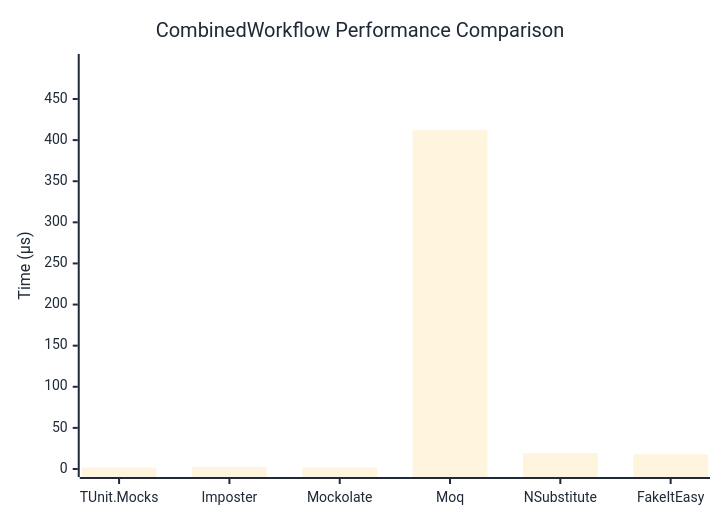
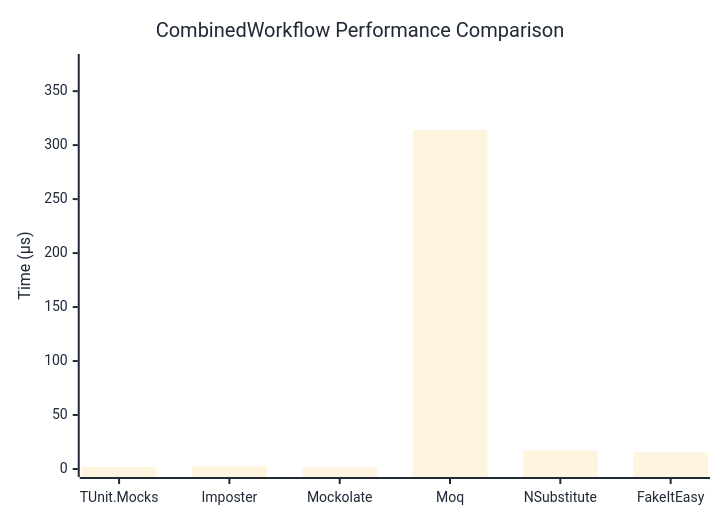
One commit to thomhurst/TUnit changed the diagram in docs/docs/benchmarks/mocks/CombinedWorkflow.md. Above: the diagram before and after it, drawn with Mermaid. The commit also changed other lines of this file and 14 other files, not shown here.

````diff
--- a/docs/docs/benchmarks/mocks/CombinedWorkflow.md
+++ b/docs/docs/benchmarks/mocks/CombinedWorkflow.md
@@ -30,27 +30,27 @@
 ```mermaid
 %%{init: {
   'theme':'base',
   'themeVariables': {
     'primaryColor': '#2563eb',
     'primaryTextColor': '#1f2937',
     'primaryBorderColor': '#1e40af',
     'lineColor': '#6b7280',
     'secondaryColor': '#7c3aed',
     'tertiaryColor': '#dc2626',
     'background': '#ffffff',
     'pie1': '#2563eb',
     'pie2': '#7c3aed',
     'pie3': '#dc2626',
     'pie4': '#f59e0b',
     'pie5': '#10b981',
     'pie6': '#06b6d4',
     'pie7': '#ec4899',
     'pie8': '#6366f1'
   }
 }}%%
 xychart-beta
   title "CombinedWorkflow Performance Comparison"
   x-axis ["TUnit.Mocks", "Imposter", "Mockolate", "Moq", "NSubstitute", "FakeItEasy"]
-  y-axis "Time (μs)" 0 --> 495
-  bar [1.81, 2.67, 1.828, 412.277, 19.485, 17.841]
+  y-axis "Time (μs)" 0 --> 377
+  bar [1.811, 2.458, 1.573, 313.98, 17.087, 15.38]
 ```
````
